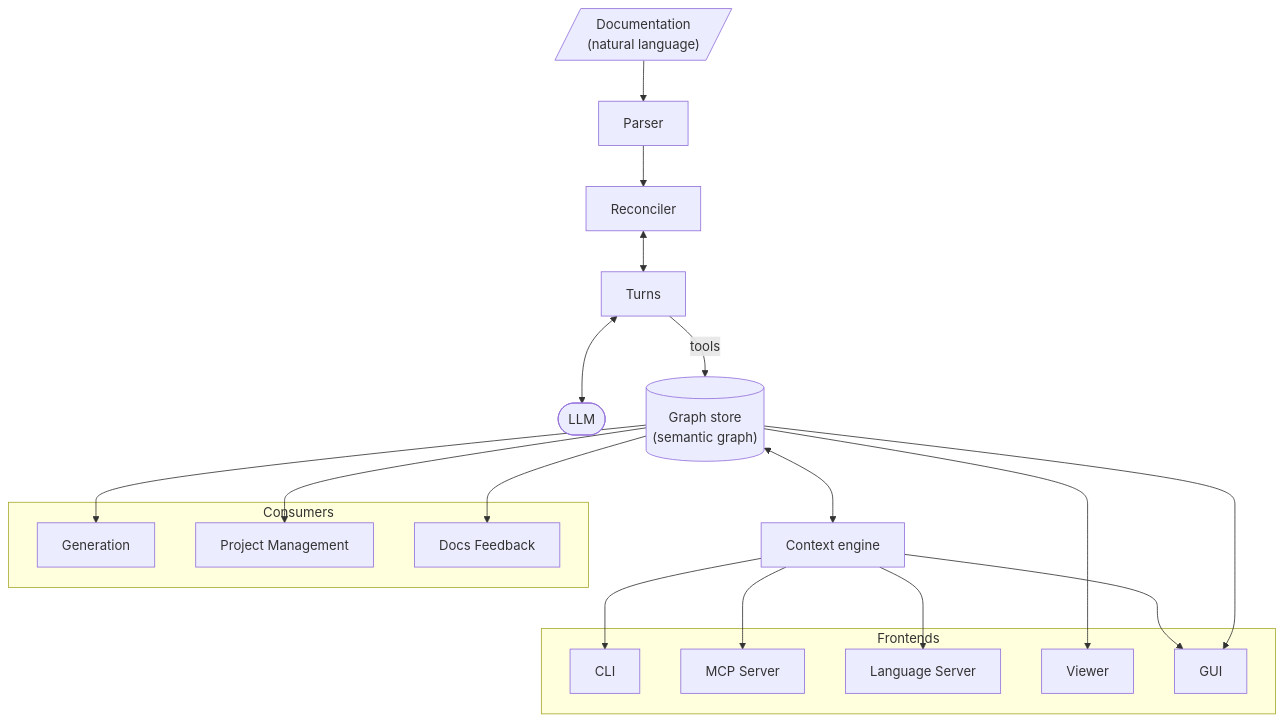
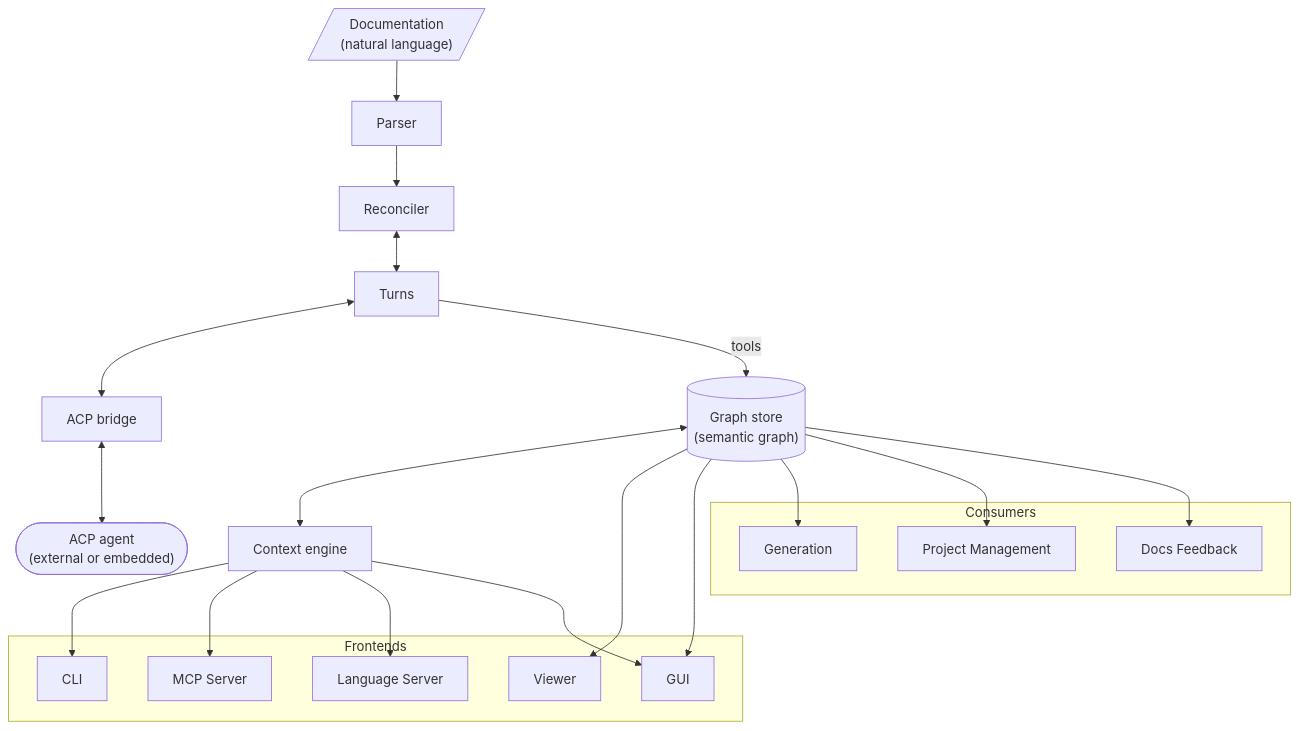
One commit to JazykOrg/Jazyk changed the diagram in docs/main.md. Above: the diagram before and after it, drawn with Mermaid. The commit also changed other lines of this file and 12 other files, not shown here.

Commit message:
The compiler stops dialing the model itself: every turn becomes an ACP session against one configured agent, the old loop retires into a generic embedded agent, tools ride injected MCP, chat edits move prose and graph as one, and the IDE meets jazyk as a proxy that speaks for the build

````diff
--- a/docs/main.md
+++ b/docs/main.md
@@ -62,40 +62,42 @@
 ```mermaid
 graph TD;
   Docs[/"Documentation<br/>(natural language)"/];
   Parser["Parser"];
   Reconciler["Reconciler"];
   Turns["Turns"];
-  LLM(["LLM"]);
+  ACP["ACP bridge"];
+  Agent(["ACP agent<br/>(external or embedded)"]);
   Store[("Graph store<br/>(semantic graph)")];
   Context["Context engine"];
 
   subgraph Frontends
     CLI[CLI];
     MCP[MCP Server];
     LSP[Language Server];
     Viewer[Viewer];
     GUI[GUI];
   end
 
   subgraph Consumers
     Gen[Generation];
     PM[Project Management];
     DocsFeedback[Docs Feedback];
   end
 
   Docs --> Parser;
   Parser --> Reconciler;
   Reconciler <--> Turns;
-  Turns <--> LLM;
+  Turns <--> ACP;
+  ACP <--> Agent;
   Turns -- "tools" --> Store;
   Store <--> Context;
   Context --> CLI;
   Context --> MCP;
   Context --> LSP;
   Context --> GUI;
   Store --> Viewer;
   Store --> GUI;
   Store --> Gen;
   Store --> PM;
   Store --> DocsFeedback;
 ```
````
